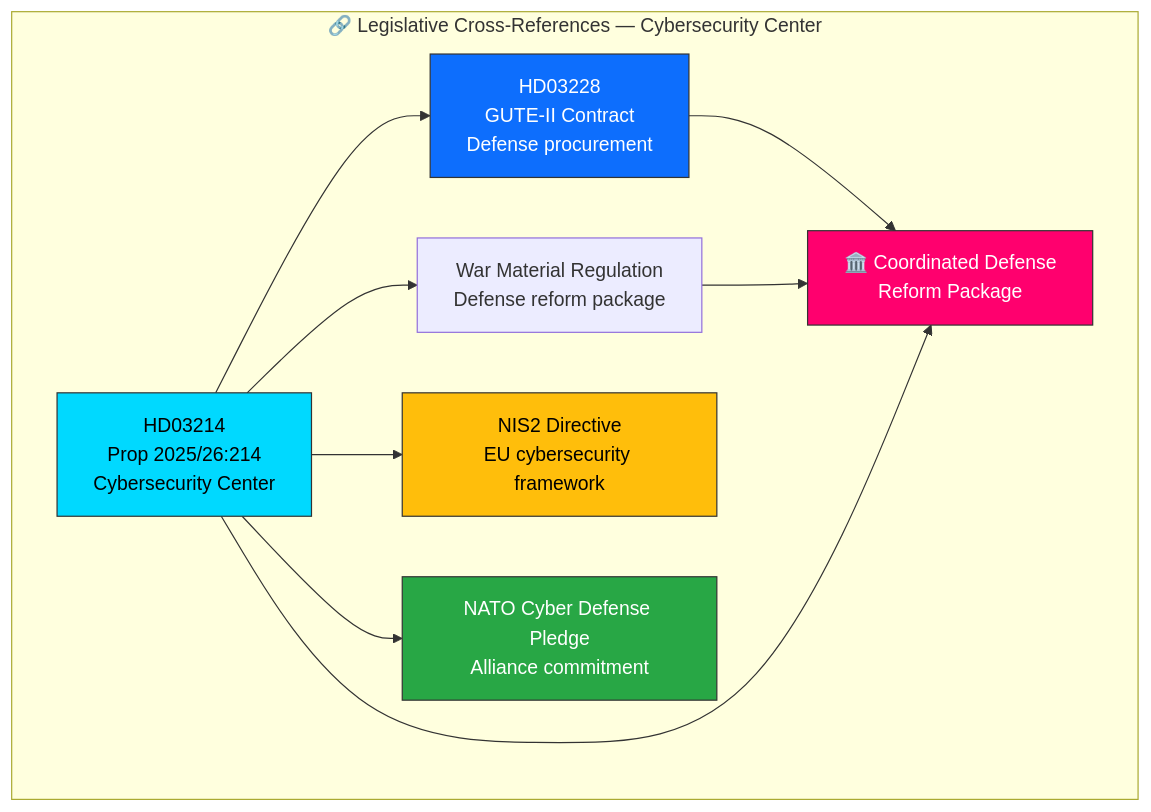
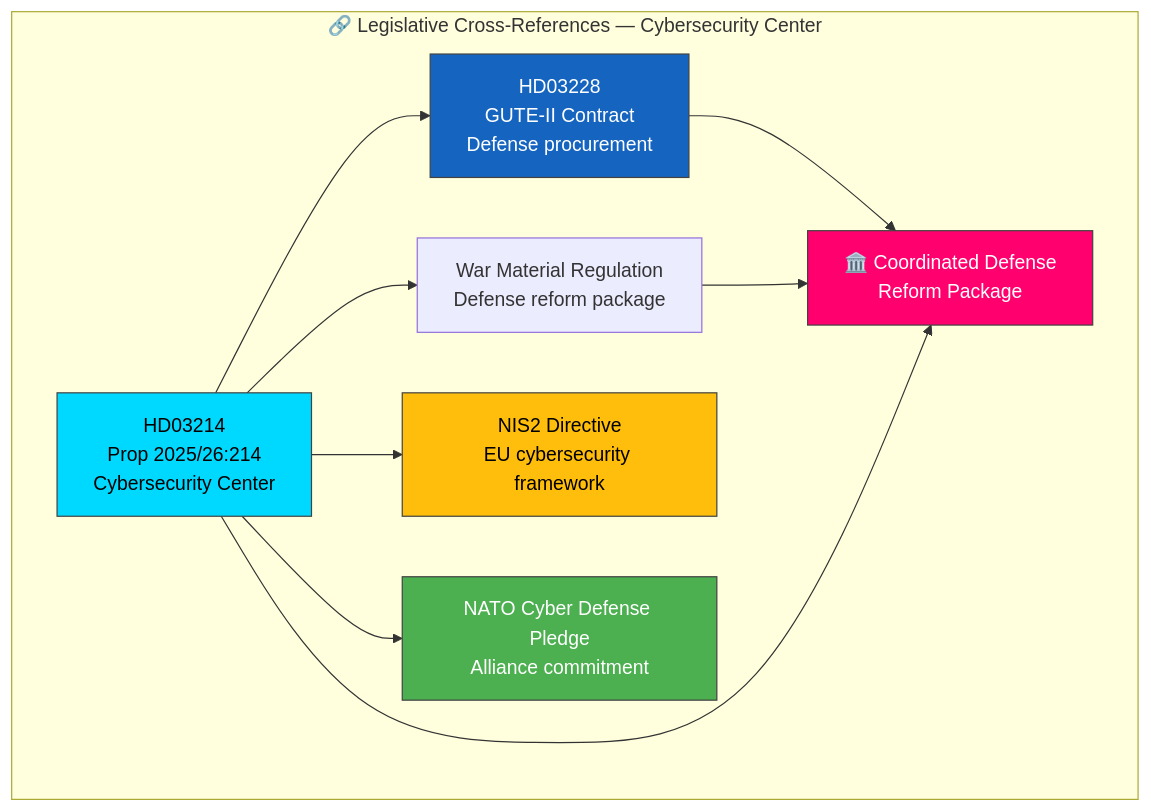
One commit to Hack23/riksdagsmonitor changed the diagram in analysis/daily/2026-04-03/deep-inspection/cross-reference-map.md. Above: the diagram before and after it, drawn with Mermaid. The commit also changed 785 other files, not shown here.

First line of the commit message:
Normalize mermaid colors across 786 analysis artifacts to ISMS Style Guide palette

````diff
--- a/analysis/daily/2026-04-03/deep-inspection/cross-reference-map.md
+++ b/analysis/daily/2026-04-03/deep-inspection/cross-reference-map.md
@@ -12,19 +12,19 @@
 ```mermaid
 graph TD
     subgraph "🔗 Legislative Cross-References — Cybersecurity Center"
         HD03214["HD03214<br/>Prop 2025/26:214<br/>Cybersecurity Center"] --> HD03228["HD03228<br/>GUTE-II Contract<br/>Defense procurement"]
         HD03214 --> WMR["War Material Regulation<br/>Defense reform package"]
         HD03214 --> NIS2["NIS2 Directive<br/>EU cybersecurity framework"]
         HD03214 --> NATO_CDP["NATO Cyber Defense Pledge<br/>Alliance commitment"]
         
         HD03228 --> REFORM["🏛️ Coordinated Defense<br/>Reform Package"]
         WMR --> REFORM
         HD03214 --> REFORM
     end
 
-    style HD03214 fill:#00d9ff,stroke:#333,color:#000
-    style HD03228 fill:#0d6efd,stroke:#333,color:#fff
-    style NIS2 fill:#ffbe0b,stroke:#333,color:#000
-    style NATO_CDP fill:#28a745,stroke:#333,color:#fff
-    style REFORM fill:#ff006e,stroke:#333,color:#fff
+    style HD03214 fill:#00d9ff,stroke:#424242,color:#000000
+    style HD03228 fill:#1565C0,stroke:#424242,color:#FFFFFF
+    style NIS2 fill:#ffbe0b,stroke:#424242,color:#000000
+    style NATO_CDP fill:#4CAF50,stroke:#424242,color:#FFFFFF
+    style REFORM fill:#ff006e,stroke:#424242,color:#FFFFFF
 ```
````
